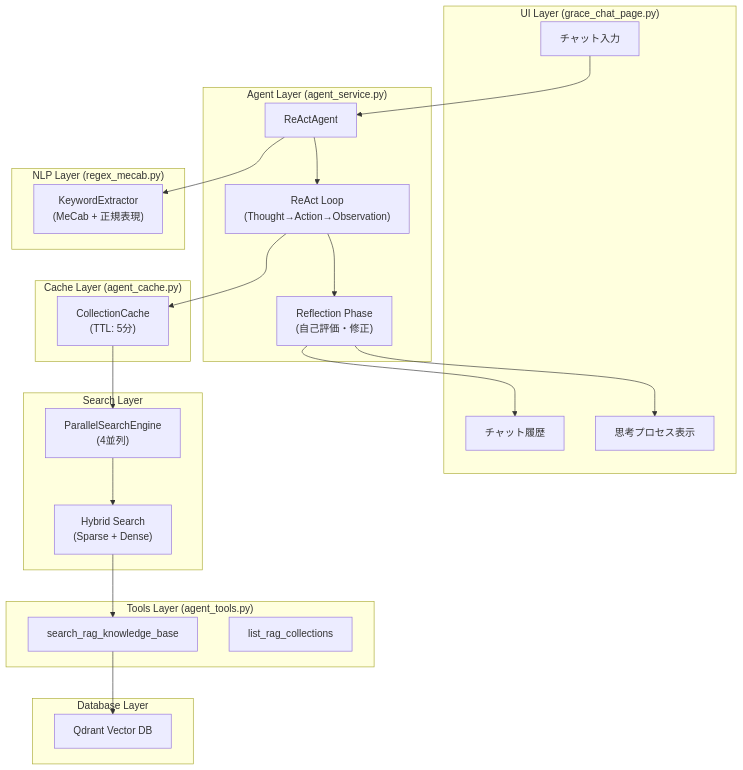
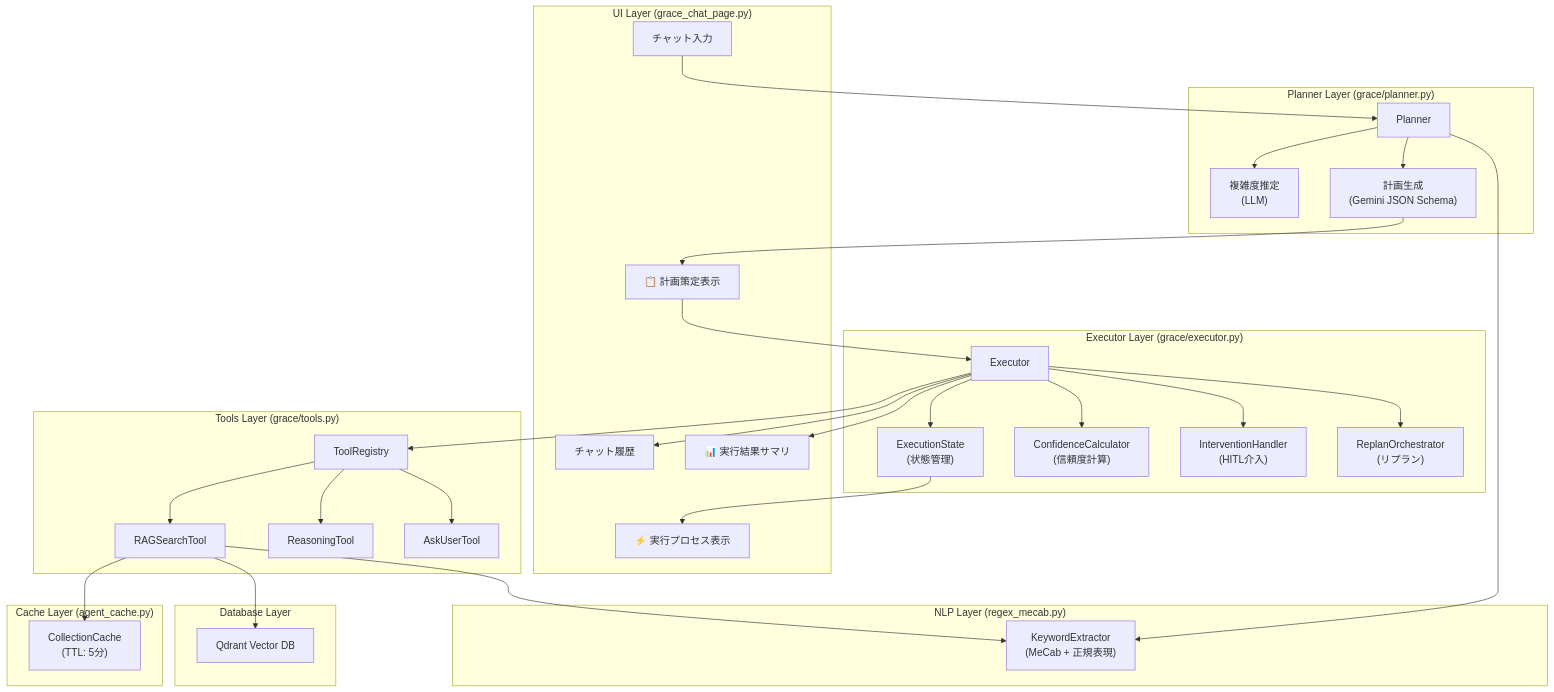
One commit to nakashima2toshio/gemini_grace_agent changed the first of 13 diagrams in ui/doc/grace_chat_page.md. Above: the diagram before and after it, drawn with Mermaid. The commit also changed other lines of this file and 26 other files, not shown here.

````diff
--- a/ui/doc/grace_chat_page.md
+++ b/ui/doc/grace_chat_page.md
@@ -51,48 +54,64 @@
 ```mermaid
 flowchart TB
     subgraph UI["UI Layer (grace_chat_page.py)"]
         ChatInput["チャット入力"]
         ChatHistory["チャット履歴"]
-        ThoughtProcess["思考プロセス表示"]
+        PlanView["📋 計画策定表示"]
+        ExecView["⚡ 実行プロセス表示"]
+        ResultView["📊 実行結果サマリ"]
     end
 
-    subgraph Agent["Agent Layer (agent_service.py)"]
-        ReActAgent["ReActAgent"]
-        ReActLoop["ReAct Loop<br/>(Thought→Action→Observation)"]
-        ReflectionPhase["Reflection Phase<br/>(自己評価・修正)"]
+    subgraph Planner_Layer["Planner Layer (grace/planner.py)"]
+        Planner["Planner"]
+        ComplexityEstimator["複雑度推定<br/>(LLM)"]
+        PlanGeneration["計画生成<br/>(Gemini JSON Schema)"]
+    end
+
+    subgraph Executor_Layer["Executor Layer (grace/executor.py)"]
+        Executor["Executor"]
+        StateManager["ExecutionState<br/>(状態管理)"]
+        ConfCalc["ConfidenceCalculator<br/>(信頼度計算)"]
+        IntHandler["InterventionHandler<br/>(HITL介入)"]
+        ReplanOrch["ReplanOrchestrator<br/>(リプラン)"]
+    end
+
+    subgraph Tools["Tools Layer (grace/tools.py)"]
+        ToolRegistry["ToolRegistry"]
+        RAGSearch["RAGSearchTool"]
+        Reasoning["ReasoningTool"]
+        AskUser["AskUserTool"]
     end
 
     subgraph Cache["Cache Layer (agent_cache.py)"]
         CollectionCache["CollectionCache<br/>(TTL: 5分)"]
-    end
-
-    subgraph Search["Search Layer"]
-        ParallelSearch["ParallelSearchEngine<br/>(4並列)"]
-        HybridSearch["Hybrid Search<br/>(Sparse + Dense)"]
-    end
-
-    subgraph Tools["Tools Layer (agent_tools.py)"]
-        RAGSearch["search_rag_knowledge_base"]
-        ListCollections["list_rag_collections"]
     end
 
     subgraph NLP["NLP Layer (regex_mecab.py)"]
         KeywordExtractor["KeywordExtractor<br/>(MeCab + 正規表現)"]
     end
 
     subgraph DB["Database Layer"]
         Qdrant["Qdrant Vector DB"]
     end
 
-    ChatInput --> ReActAgent
-    ReActAgent --> ReActLoop
-    ReActLoop --> ReflectionPhase
-    ReActLoop --> CollectionCache
-    CollectionCache --> ParallelSearch
-    ParallelSearch --> HybridSearch
-    HybridSearch --> RAGSearch
+    ChatInput --> Planner
+    Planner --> ComplexityEstimator
+    Planner --> PlanGeneration
+    PlanGeneration --> PlanView
+    PlanView --> Executor
+    Executor --> StateManager
+    Executor --> ConfCalc
+    Executor --> IntHandler
+    Executor --> ReplanOrch
+    Executor --> ToolRegistry
+    ToolRegistry --> RAGSearch
+    ToolRegistry --> Reasoning
+    ToolRegistry --> AskUser
+    RAGSearch --> CollectionCache
     RAGSearch --> Qdrant
-    ReActAgent --> KeywordExtractor
-    ReflectionPhase --> ThoughtProcess
-    ReflectionPhase --> ChatHistory
+    Planner --> KeywordExtractor
+    RAGSearch --> KeywordExtractor
+    StateManager --> ExecView
+    Executor --> ResultView
+    Executor --> ChatHistory
 ```
````
